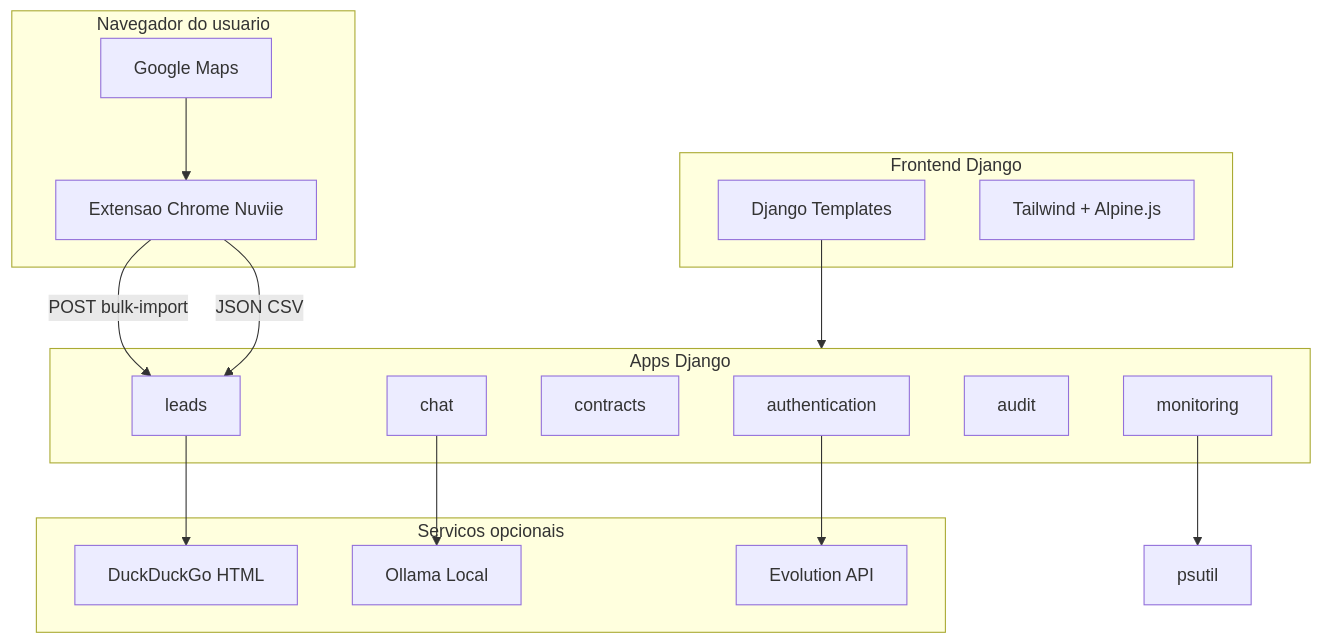
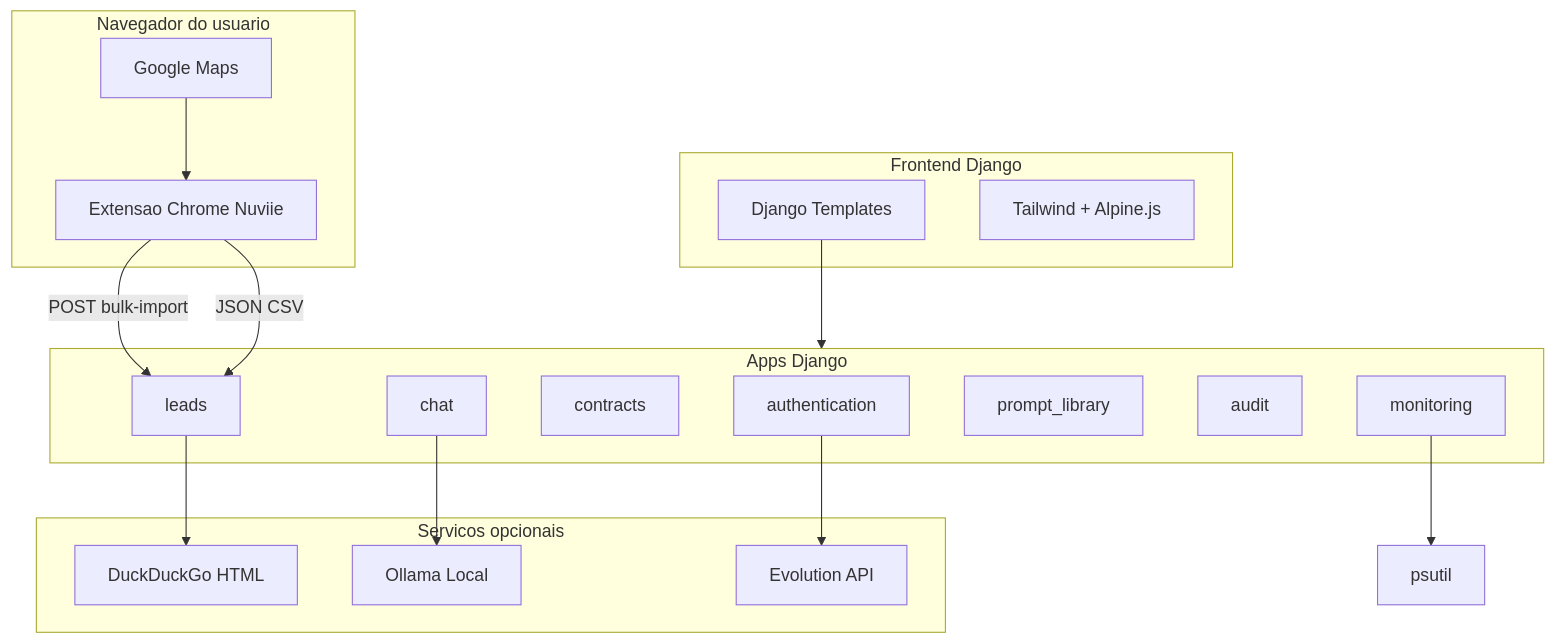
Before and after one commit to gabriell-c/Nuviie: the diagram in README.md, drawn with Mermaid. The commit also changed other lines of this file and 15 other files, not shown here.

Commit message:
feat: add Biblioteca de Prompts feature with global CRUD functionality and REST API; update README with usage instructions and API endpoints; include prompt_library in installed apps and URL routing; enhance base template for navigation

````diff
--- a/README.md
+++ b/README.md
@@ -327,36 +388,37 @@
 ```mermaid
 flowchart TB
     subgraph browser [Navegador do usuario]
         maps[Google Maps]
         ext[Extensao Chrome Nuviie]
     end
 
     subgraph frontend [Frontend Django]
         templates[Django Templates]
         tailwind[Tailwind + Alpine.js]
     end
 
     subgraph apps [Apps Django]
         auth[authentication]
         leads[leads]
         contracts[contracts]
         chat[chat]
+        prompts[prompt_library]
         audit[audit]
         monitoring[monitoring]
     end
 
     subgraph external [Servicos opcionais]
         ddg[DuckDuckGo HTML]
         ollama[Ollama Local]
         whatsapp[Evolution API]
     end
 
     maps --> ext
     ext -->|POST bulk-import| leads
     ext -->|JSON CSV| leads
     templates --> apps
     leads --> ddg
     monitoring --> psutil[psutil]
     chat --> ollama
     auth --> whatsapp
 ```
````
